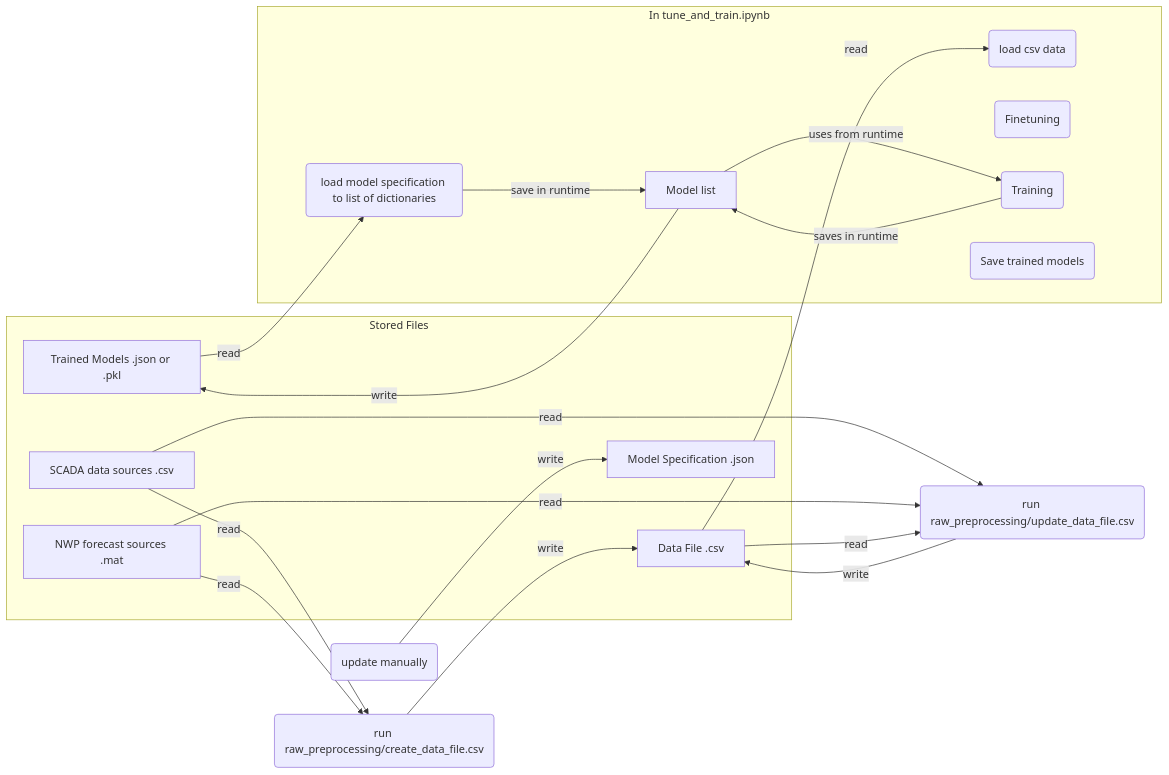
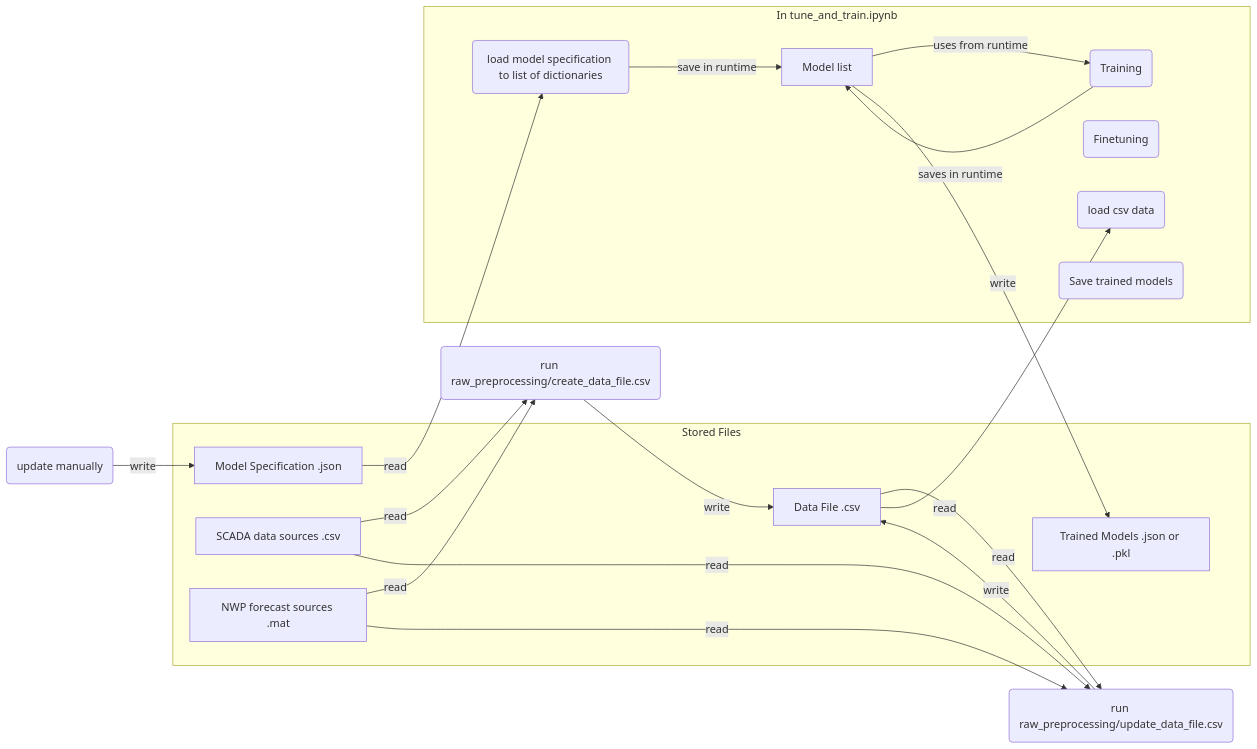
The second of 2 diagrams in code_flow.md (markusrupp/icing_flowshart), drawn with Mermaid before and after one commit.

````diff
--- a/code_flow.md
+++ b/code_flow.md
@@ -17,34 +17,34 @@
 ```mermaid
 flowchart LR
     subgraph Stored Files
         CSV[Data File .csv]
         MS[Model Specification .json]
         MF[Trained Models .json or .pkl]
         SCADA[SCADA data sources .csv]
         NWP[NWP forecast sources .mat]
     end
     subgraph In tune_and_train.ipynb
         LCSV(load csv data)
         LMF(load model specification to list of dictionaries)
         FT(Finetuning)
         TR(Training)
         STR(Save trained models)
         LFR[Model list]
     end
 
 
 SCADA -->|read| CCSV
 SCADA -->|read| UCSV
 NWP -->|read| CCSV
 NWP -->|read| UCSV
 CCSV(run raw_preprocessing/create_data_file.csv) -->|write| CSV
 UCSV(run raw_preprocessing/update_data_file.csv) -->|write| CSV
 CSV -->|read| UCSV
 UMS(update manually) -->|write| MS
 CSV -->|read| LCSV
-MF -->|read| LMF
+MS -->|read| LMF
 LMF -->|save in runtime| LFR
 LFR -->|uses from runtime| TR
 TR -->|saves in runtime| LFR
 LFR -->|write| MF
 ```
````
